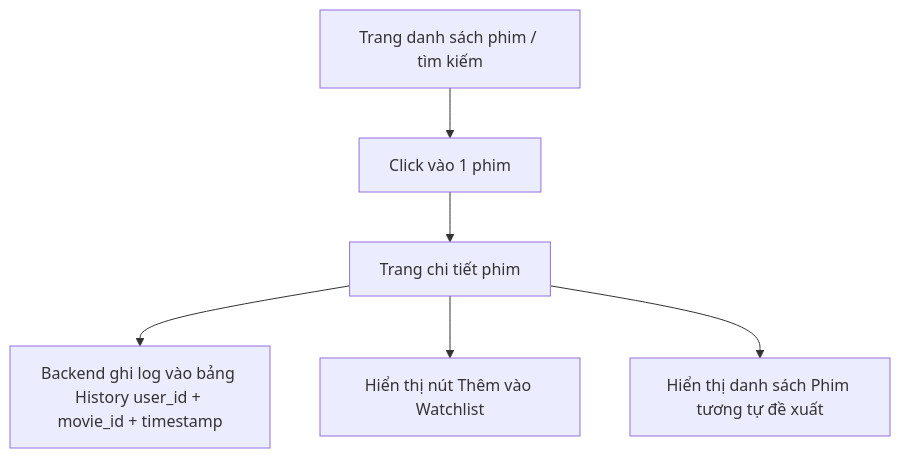
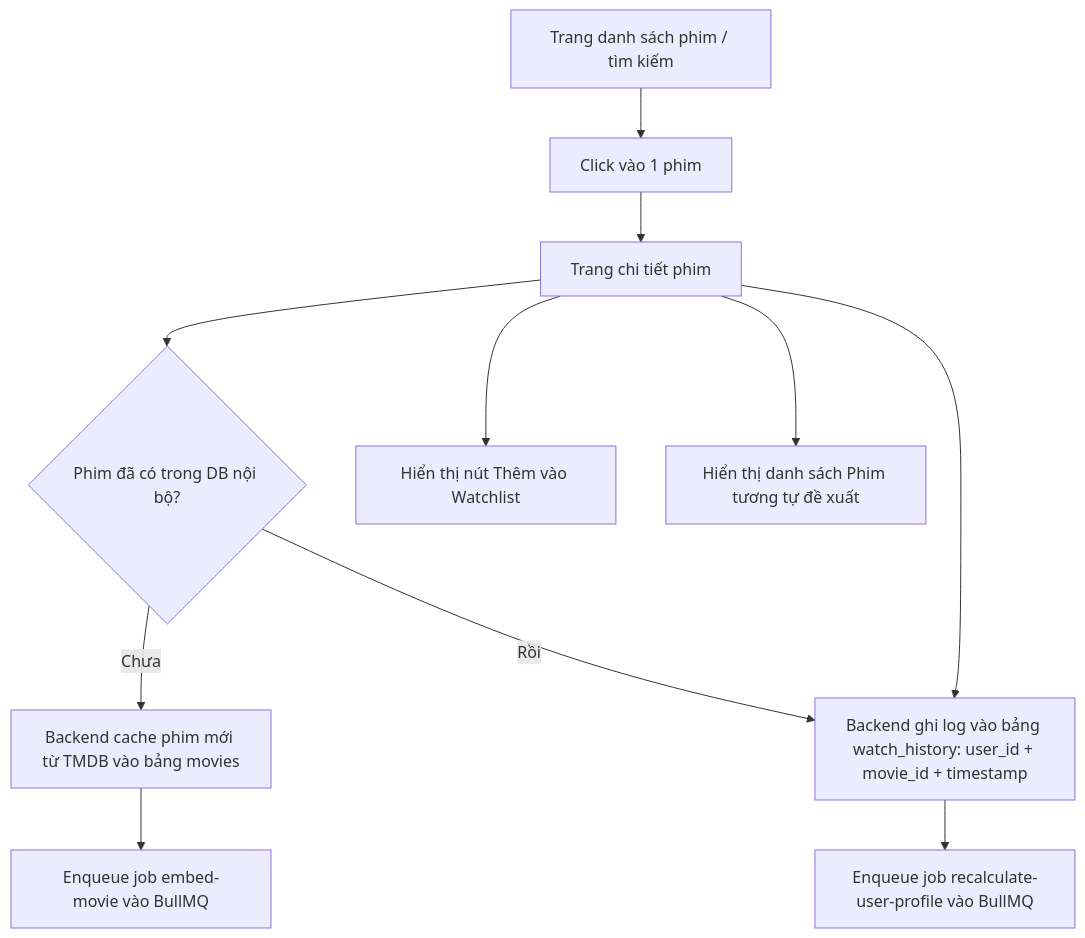
One commit to daoviet2/CineSense-System changed the second of 7 diagrams in docs/LUONG_NGUOI_DUNG.md. Above: the diagram before and after it, drawn with Mermaid. The commit also changed other lines of this file and 18 other files, not shown here.

````diff
--- a/docs/LUONG_NGUOI_DUNG.md
+++ b/docs/LUONG_NGUOI_DUNG.md
@@ -30,8 +30,13 @@
 ```mermaid
 flowchart TD
     A[Trang danh sách phim / tìm kiếm] --> B[Click vào 1 phim]
     B --> C[Trang chi tiết phim]
-    C --> D[Backend ghi log vào bảng History user_id + movie_id + timestamp]
+    C --> C1{Phim đã có trong DB nội bộ?}
+    C1 -- Chưa --> C2[Backend cache phim mới từ TMDB vào bảng movies]
+    C2 --> C3[Enqueue job embed-movie vào BullMQ]
+    C1 -- Rồi --> D
+    C --> D[Backend ghi log vào bảng watch_history: user_id + movie_id + timestamp]
+    D --> D2[Enqueue job recalculate-user-profile vào BullMQ]
     C --> E[Hiển thị nút Thêm vào Watchlist]
     C --> F[Hiển thị danh sách Phim tương tự đề xuất]
 ```
````
